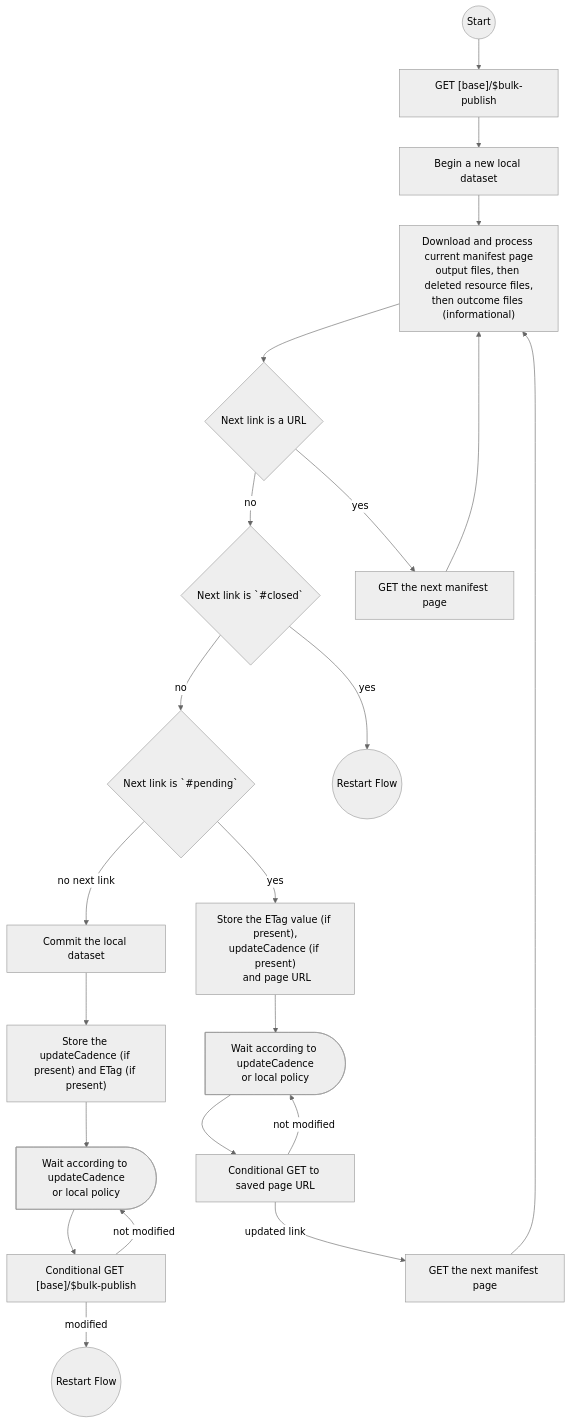
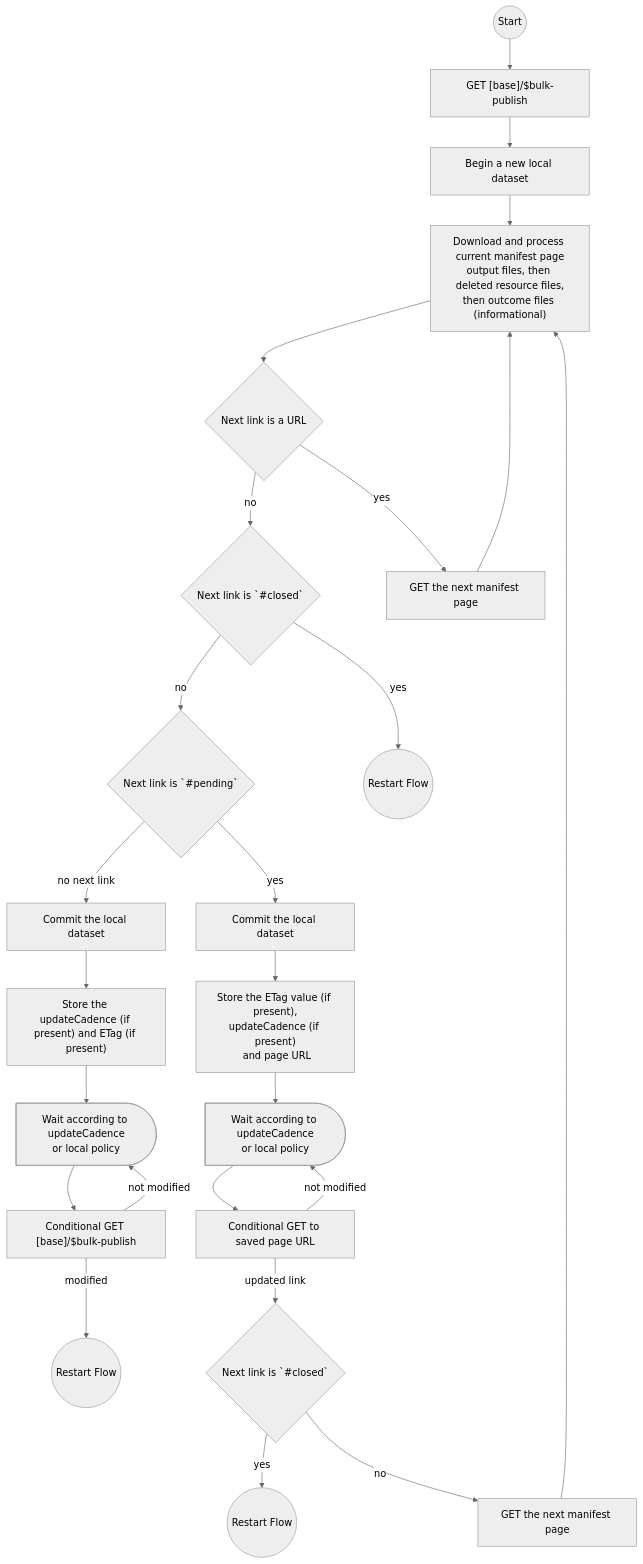
Before and after one commit to HL7/bulk-data: the diagram in input/pagecontent/publish-manifest-retrieval-flow.md, drawn with Mermaid (neutral theme). The commit also changed 13 other files, not shown here.

Commit message:
FHIR-59886: Cleanup: links, examples and diagrams

````diff
--- a/input/pagecontent/publish-manifest-retrieval-flow.md
+++ b/input/pagecontent/publish-manifest-retrieval-flow.md
@@ -1,45 +1,51 @@
 ```mermaid
 flowchart TD
     requestRoot["GET [base]/$bulk-publish"]
     startDataset["Begin a new local dataset"]
     processPage["Download and process current manifest page<br/>output files, then deleted resource files,<br/>then outcome files (informational)"]
     hasAbsoluteLink{"Next link is a URL"}
     hasClosedLink{"Next link is `#closed`"}
     hasPendingLink{"Next link is `#pending`"}
     start@{shape: "circle", label: "Start"}
     getNext["GET the next manifest page"]
     closedRestart@{shape: "circle", label: "Restart Flow"}
     commitDataset["Commit the local dataset"]
     saveRoot["Store the updateCadence (if present) and ETag (if present)"]
     waitRoot@{shape: delay, label: "Wait according to updateCadence<br/>or local policy"}
     pollRoot["Conditional GET [base]/$bulk-publish"]
     restartFlow@{shape: "circle", label: "Restart Flow"}
     savePending["Store the ETag value (if present),<br/>updateCadence (if present)<br/> and page URL"]
     waitPending@{shape: delay, label: "Wait according to updateCadence<br/>or local policy"}
     pollPending["Conditional GET to saved page URL"]
+    commitPending["Commit the local dataset"]
+    pendingClosed{"Next link is `#closed`"}
+    pendingRestart@{shape: "circle", label: "Restart Flow"}
     pollRetrieve["GET the next manifest page"]
 
     start --> requestRoot --> startDataset --> processPage --> hasAbsoluteLink
 
     hasAbsoluteLink --> |yes| getNext
     getNext --> processPage
     hasAbsoluteLink --> |no| hasClosedLink
 
     hasClosedLink --> |no| hasPendingLink
     hasClosedLink --> |yes| closedRestart
 
     hasPendingLink --> |no next link| commitDataset
     commitDataset --> saveRoot
     saveRoot --> waitRoot
     waitRoot --> pollRoot
     pollRoot --> |not modified| waitRoot
     pollRoot --> |modified| restartFlow
 
-    hasPendingLink --> |yes| savePending
+    hasPendingLink --> |yes| commitPending
+    commitPending --> savePending
     savePending --> waitPending
     waitPending --> pollPending
     pollPending --> |not modified| waitPending
-    pollPending --> |updated link| pollRetrieve
+    pollPending --> |updated link| pendingClosed
+    pendingClosed --> |yes| pendingRestart
+    pendingClosed --> |no| pollRetrieve
     pollRetrieve --> processPage
 
 ```
````
